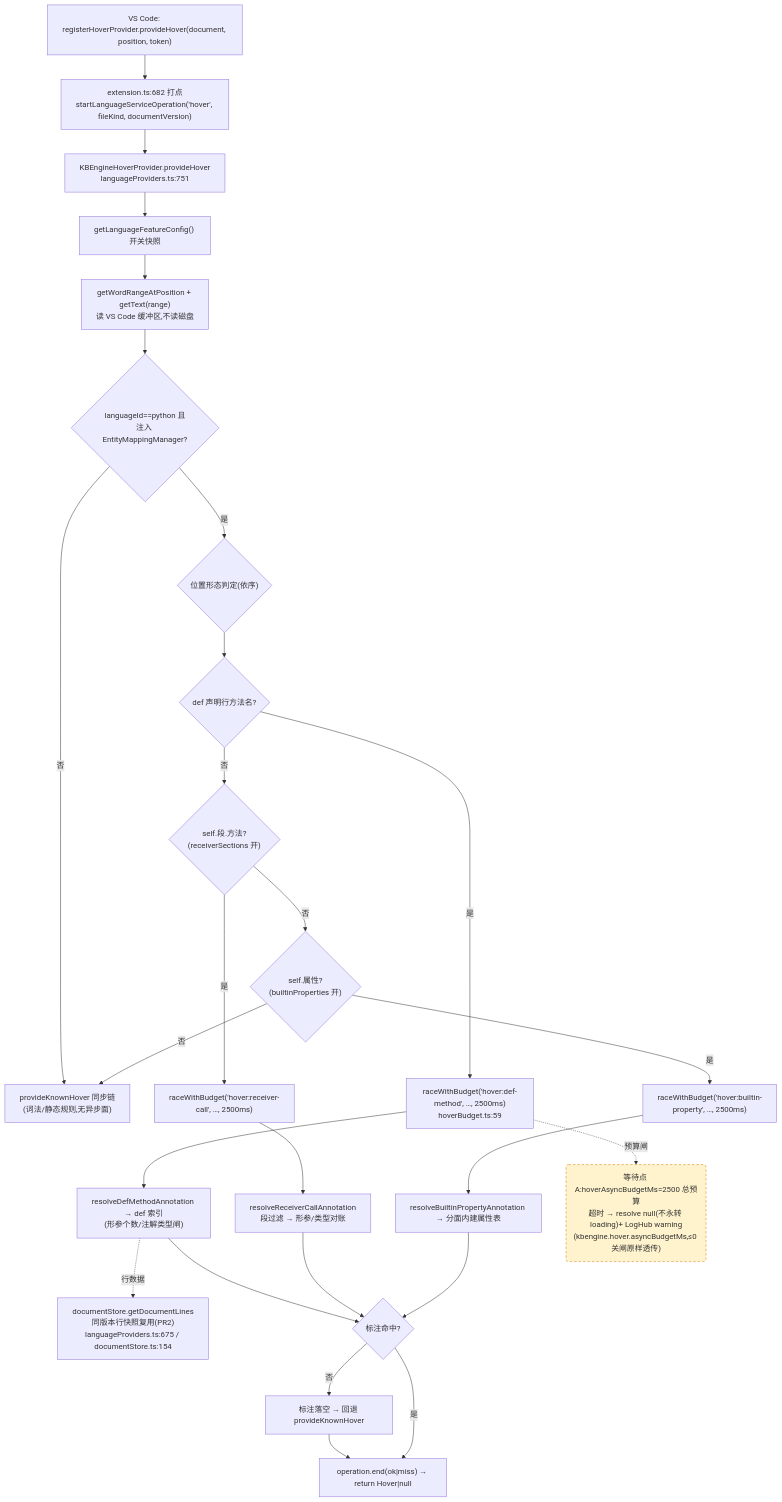
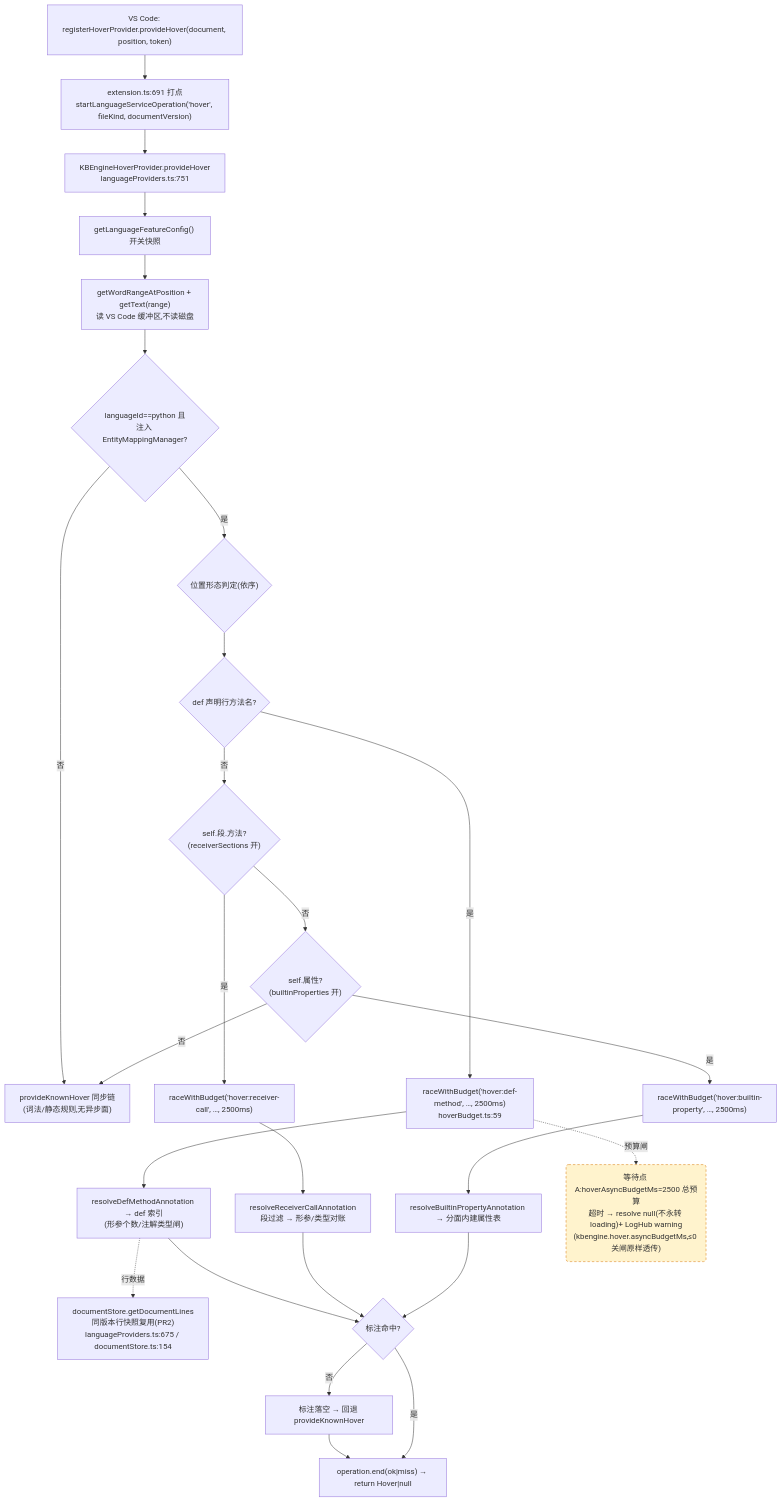
Before and after one commit to cuihairu/kode: the first of 4 diagrams in docs/perf/2026-baseline.md, drawn with Mermaid. The commit also changed other lines of this file and 22 other files, not shown here.

````diff
--- a/docs/perf/2026-baseline.md
+++ b/docs/perf/2026-baseline.md
@@ -82,45 +82,45 @@
 ```mermaid
 flowchart TD
   VC1["VS Code: registerHoverProvider.provideHover(document, position, token)"]
-  M1["extension.ts:682 打点<br/>startLanguageServiceOperation('hover', fileKind, documentVersion)"]
+  M1["extension.ts:691 打点<br/>startLanguageServiceOperation('hover', fileKind, documentVersion)"]
   HP["KBEngineHoverProvider.provideHover<br/>languageProviders.ts:751"]
   CFG["getLanguageFeatureConfig() 开关快照"]
   WORD["getWordRangeAtPosition + getText(range)<br/>读 VS Code 缓冲区,不读磁盘"]
   BR{"languageId==python 且<br/>注入 EntityMappingManager?"}
   KN["provideKnownHover 同步链<br/>(词法/静态规则,无异步面)"]
   POS{"位置形态判定(依序)"}
   D1{"def 声明行方法名?"}
   D2{"self.段.方法?<br/>(receiverSections 开)"}
   D3{"self.属性?<br/>(builtinProperties 开)"}
   RA1["raceWithBudget('hover:def-method', …, 2500ms)<br/>hoverBudget.ts:59"]
   RA2["raceWithBudget('hover:receiver-call', …, 2500ms)"]
   RA3["raceWithBudget('hover:builtin-property', …, 2500ms)"]
   RS1["resolveDefMethodAnnotation → def 索引<br/>(形参个数/注解类型闸)"]
   RS2["resolveReceiverCallAnnotation<br/>段过滤 → 形参/类型对账"]
   RS3["resolveBuiltinPropertyAnnotation → 分面内建属性表"]
   LINES["documentStore.getDocumentLines<br/>同版本行快照复用(PR2)<br/>languageProviders.ts:675 / documentStore.ts:154"]
   MISS["标注落空 → 回退 provideKnownHover"]
   END1["operation.end(ok|miss) → return Hover|null"]
 
   VC1 --> M1 --> HP --> CFG --> WORD --> BR
   BR -- "否" --> KN
   BR -- "是" --> POS --> D1
   D1 -- "是" --> RA1 --> RS1
   D1 -- "否" --> D2
   D2 -- "是" --> RA2 --> RS2
   D2 -- "否" --> D3
   D3 -- "是" --> RA3 --> RS3
   D3 -- "否" --> KN
   RS1 --> HIT{"标注命中?"}
   RS2 --> HIT
   RS3 --> HIT
   RS1 -.->|行数据| LINES
   HIT -- "否" --> MISS --> END1
   HIT -- "是" --> END1
 
   WAITA("等待点 A:hoverAsyncBudgetMs=2500 总预算<br/>超时 → resolve null(不永转 loading)+ LogHub warning<br/>(kbengine.hover.asyncBudgetMs,≤0 关闸原样透传)")
   RA1 -.->|预算闸| WAITA
 
   classDef waitPoint fill:#fff3cd,stroke:#d97706,stroke-dasharray:5 4;
   class WAITA waitPoint;
 ```
````
